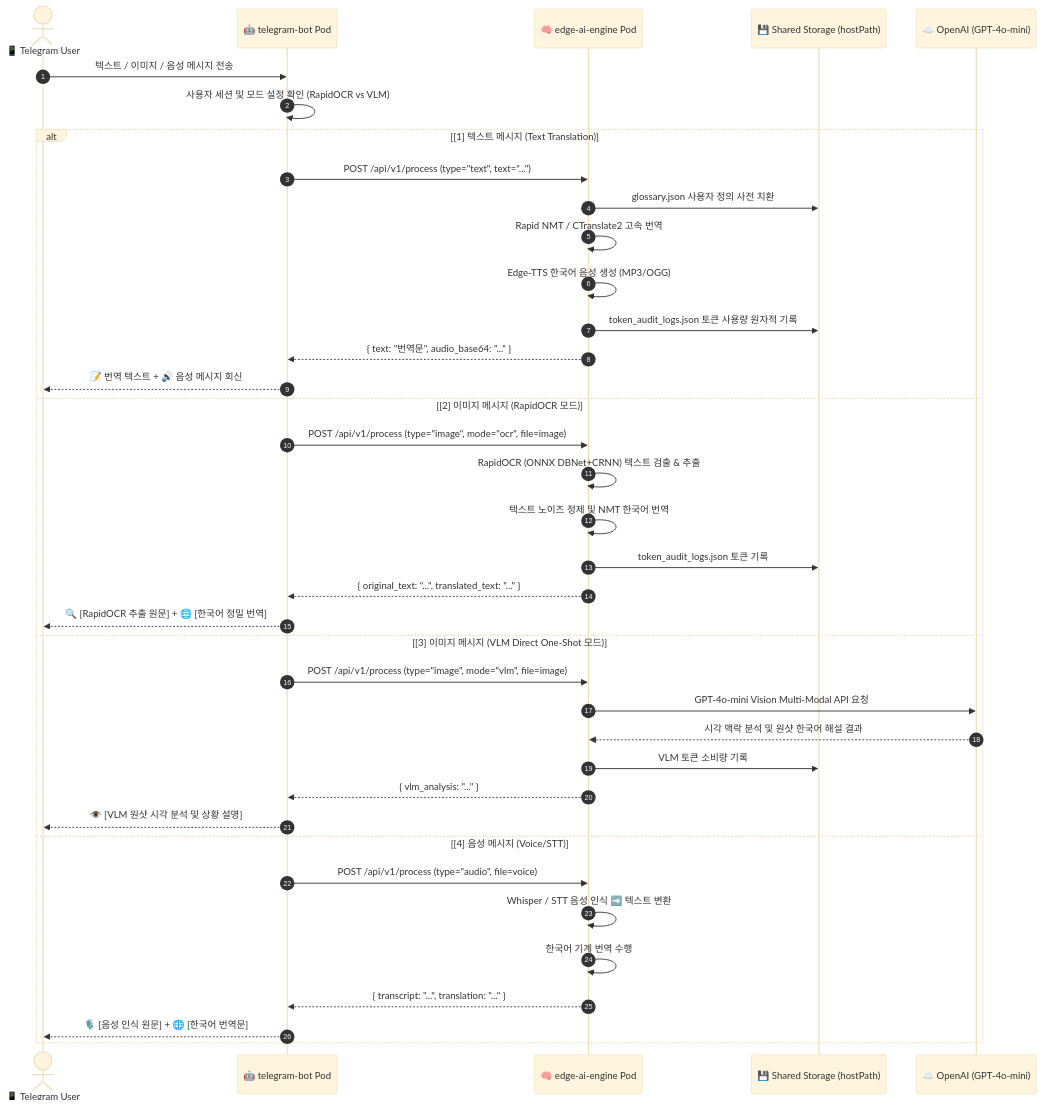
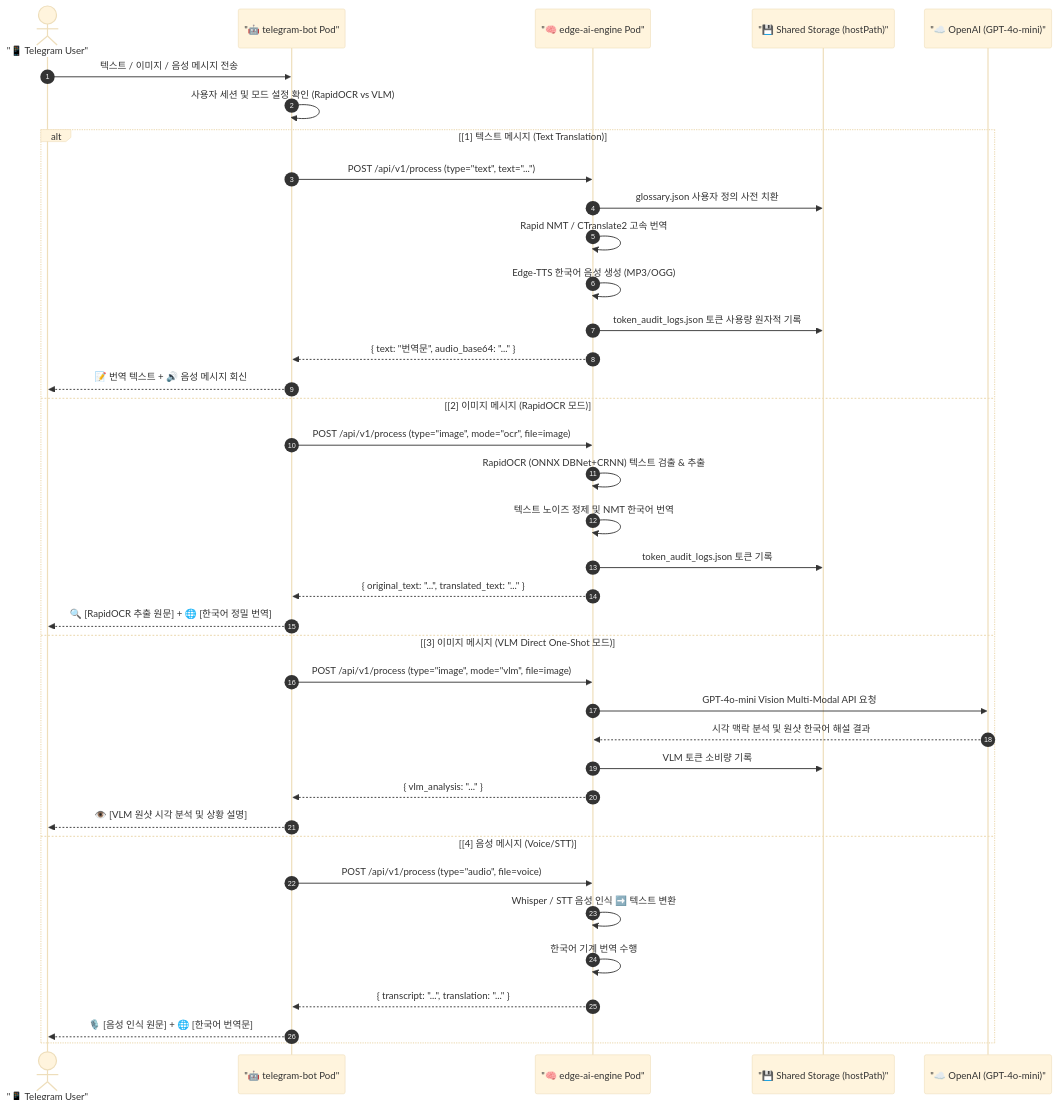
One commit to ttlojs-john/Technical-Notes changed the first of 3 diagrams in content/Edge_AI/05_detailed_workflows.md. Above: the diagram before and after it, drawn with Mermaid (base theme). The commit also changed other lines of this file and 112 other files, not shown here.

Commit message:
fix(mermaid): fix Mermaid v11.4.0 syntax errors in eBPF report and sync updated content docs

````diff
--- a/content/Edge_AI/05_detailed_workflows.md
+++ b/content/Edge_AI/05_detailed_workflows.md
@@ -24,45 +31,46 @@
 ```mermaid
+
 sequenceDiagram
     autonumber
-    actor User as 📱 Telegram User
-    participant Bot as 🤖 telegram-bot Pod
-    participant Engine as 🧠 edge-ai-engine Pod
-    participant Storage as 💾 Shared Storage (hostPath)
-    participant Cloud as ☁️ OpenAI (GPT-4o-mini)
+    actor User as "📱 Telegram User"
+    participant Bot as "🤖 telegram-bot Pod"
+    participant Engine as "🧠 edge-ai-engine Pod"
+    participant Storage as "💾 Shared Storage (hostPath)"
+    participant Cloud as "☁️ OpenAI (GPT-4o-mini)"
 
     User->>Bot: 텍스트 / 이미지 / 음성 메시지 전송
     Bot->>Bot: 사용자 세션 및 모드 설정 확인 (RapidOCR vs VLM)
 
     alt [1] 텍스트 메시지 (Text Translation)
         Bot->>Engine: POST /api/v1/process (type="text", text="...")
         Engine->>Storage: glossary.json 사용자 정의 사전 치환
         Engine->>Engine: Rapid NMT / CTranslate2 고속 번역
         Engine->>Engine: Edge-TTS 한국어 음성 생성 (MP3/OGG)
         Engine->>Storage: token_audit_logs.json 토큰 사용량 원자적 기록
         Engine-->>Bot: { text: "번역문", audio_base64: "..." }
         Bot-->>User: 📝 번역 텍스트 + 🔊 음성 메시지 회신
 
     else [2] 이미지 메시지 (RapidOCR 모드)
         Bot->>Engine: POST /api/v1/process (type="image", mode="ocr", file=image)
         Engine->>Engine: RapidOCR (ONNX DBNet+CRNN) 텍스트 검출 & 추출
         Engine->>Engine: 텍스트 노이즈 정제 및 NMT 한국어 번역
         Engine->>Storage: token_audit_logs.json 토큰 기록
         Engine-->>Bot: { original_text: "...", translated_text: "..." }
         Bot-->>User: 🔍 [RapidOCR 추출 원문] + 🌐 [한국어 정밀 번역]
 
     else [3] 이미지 메시지 (VLM Direct One-Shot 모드)
         Bot->>Engine: POST /api/v1/process (type="image", mode="vlm", file=image)
         Engine->>Cloud: GPT-4o-mini Vision Multi-Modal API 요청
         Cloud-->>Engine: 시각 맥락 분석 및 원샷 한국어 해설 결과
         Engine->>Storage: VLM 토큰 소비량 기록
         Engine-->>Bot: { vlm_analysis: "..." }
         Bot-->>User: 👁️ [VLM 원샷 시각 분석 및 상황 설명]
 
     else [4] 음성 메시지 (Voice/STT)
         Bot->>Engine: POST /api/v1/process (type="audio", file=voice)
         Engine->>Engine: Whisper / STT 음성 인식 ➡️ 텍스트 변환
         Engine->>Engine: 한국어 기계 번역 수행
         Engine-->>Bot: { transcript: "...", translation: "..." }
         Bot-->>User: 🎙️ [음성 인식 원문] + 🌐 [한국어 번역문]
     end
 ```
````
